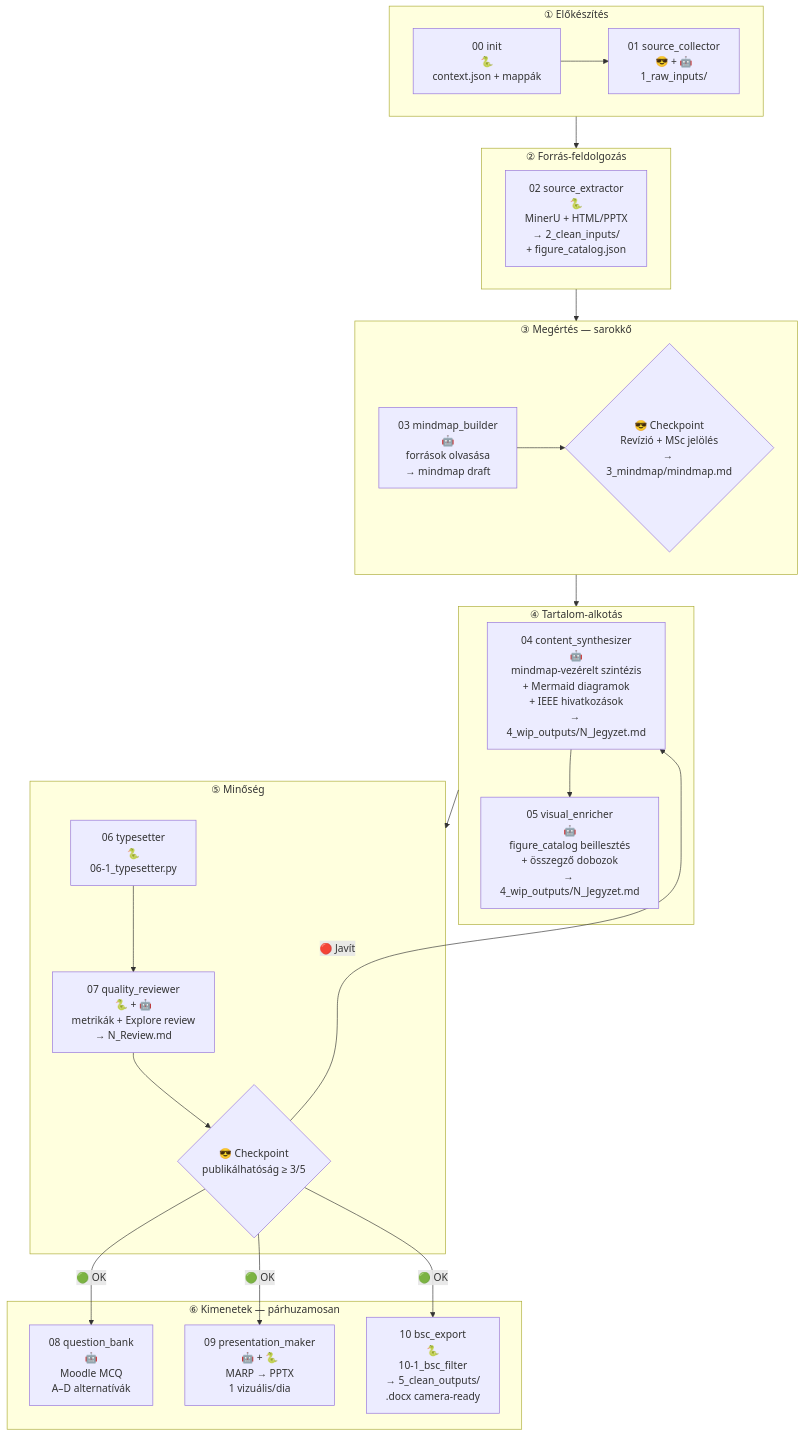
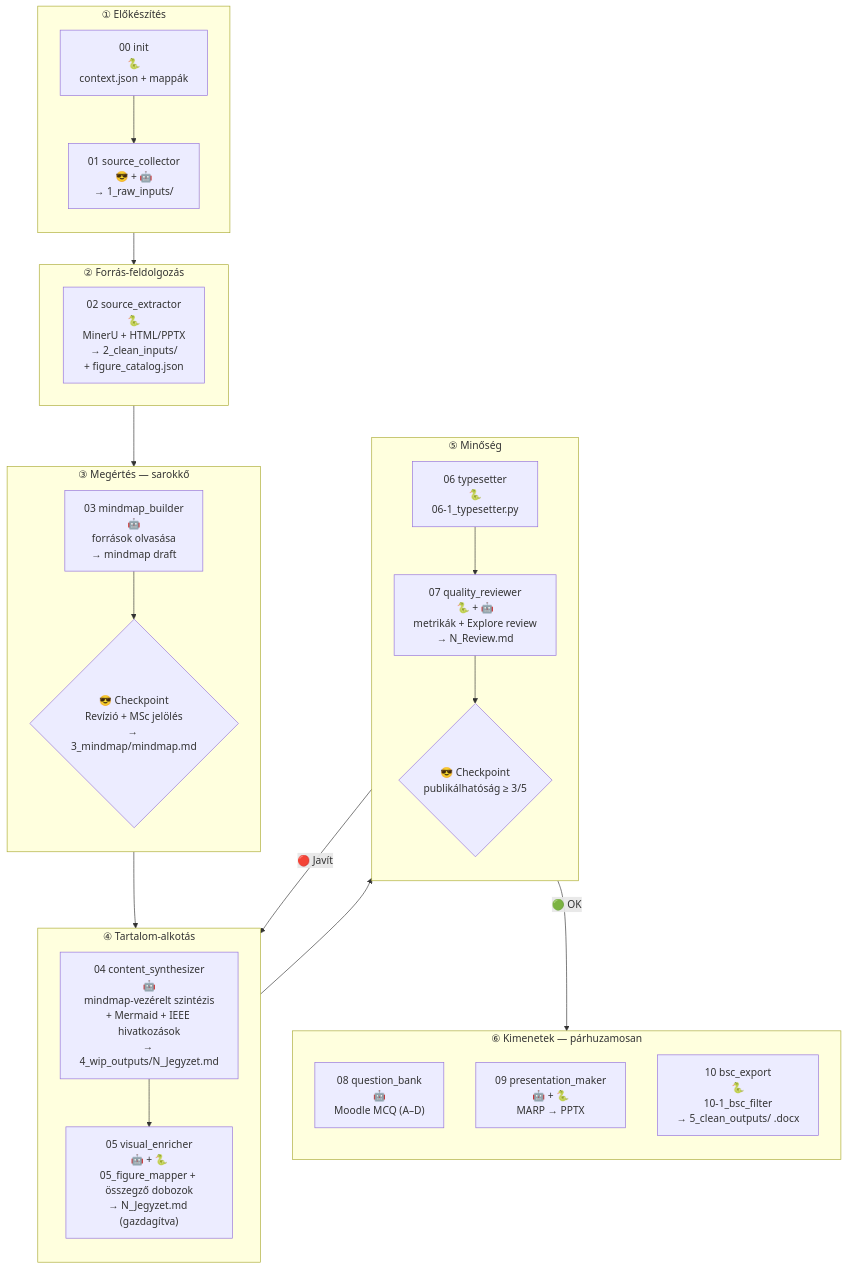
Before and after one commit to InutilemMachina/claude_course: the diagram in .claude/pipeline.md, drawn with Mermaid. The commit also changed other lines of this file and 2 other files, not shown here.

Commit message:
docs(meta): tidy entry-layer — CLAUDE.md index, soft-cap, vertical pipeline diagram
- CLAUDE.md: orientation first, fold §3 into catalog, complete functional index, header description
- Instructions.md: §3 as authority order, scripts English-named, hard-cap → soft-cap, slim §11
- pipeline.md: Mermaid verticalized + <br> line-break fix; dedup D1/D2 (visual→§7, IEEE→§8); 05 script in IO table

````diff
--- a/.claude/pipeline.md
+++ b/.claude/pipeline.md
@@ -45,41 +45,46 @@
 ```mermaid
 flowchart TD
     subgraph INIT["① Előkészítés"]
-        I0["00 init\n🐍\ncontext.json + mappák"]
-        I1["01 source_collector\n😎 + 🤖\n1_raw_inputs/"]
+        direction TB
+        I0["00 init<br>🐍<br>context.json + mappák"]
+        I1["01 source_collector<br>😎 + 🤖<br>→ 1_raw_inputs/"]
         I0 --> I1
     end
 
     subgraph EXT["② Forrás-feldolgozás"]
-        E1["02 source_extractor\n🐍\nMinerU + HTML/PPTX\n→ 2_clean_inputs/\n+ figure_catalog.json"]
+        E1["02 source_extractor<br>🐍<br>MinerU + HTML/PPTX<br>→ 2_clean_inputs/<br>+ figure_catalog.json"]
     end
 
     subgraph UNDERSTAND["③ Megértés — sarokkő"]
-        U1["03 mindmap_builder\n🤖\nforrások olvasása\n→ mindmap draft"]
-        U2{"😎 Checkpoint\nRevízió + MSc jelölés\n→ 3_mindmap/mindmap.md"}
+        direction TB
+        U1["03 mindmap_builder<br>🤖<br>források olvasása<br>→ mindmap draft"]
+        U2{"😎 Checkpoint<br>Revízió + MSc jelölés<br>→ 3_mindmap/mindmap.md"}
         U1 --> U2
     end
 
     subgraph CREATE["④ Tartalom-alkotás"]
-        C1["04 content_synthesizer\n🤖\nmindmap-vezérelt szintézis\n+ Mermaid diagramok\n+ IEEE hivatkozások\n→ 4_wip_outputs/N_Jegyzet.md"]
-        C2["05 visual_enricher\n🤖\nfigure_catalog beillesztés\n+ összegző dobozok\n→ 4_wip_outputs/N_Jegyzet.md"]
+        direction TB
+        C1["04 content_synthesizer<br>🤖<br>mindmap-vezérelt szintézis<br>+ Mermaid + IEEE hivatkozások<br>→ 4_wip_outputs/N_Jegyzet.md"]
+        C2["05 visual_enricher<br>🤖 + 🐍<br>05_figure_mapper + összegző dobozok<br>→ N_Jegyzet.md (gazdagítva)"]
         C1 --> C2
     end
 
     subgraph QUALITY["⑤ Minőség"]
-        Q1["06 typesetter\n🐍\n06-1_typesetter.py"]
-        Q2["07 quality_reviewer\n🐍 + 🤖\nmetrikák + Explore review\n→ N_Review.md"]
-        Q3{"😎 Checkpoint\npublikálhatóság ≥ 3/5"}
+        direction TB
+        Q1["06 typesetter<br>🐍<br>06-1_typesetter.py"]
+        Q2["07 quality_reviewer<br>🐍 + 🤖<br>metrikák + Explore review<br>→ N_Review.md"]
+        Q3{"😎 Checkpoint<br>publikálhatóság ≥ 3/5"}
         Q1 --> Q2 --> Q3
     end
 
     subgraph OUTPUT["⑥ Kimenetek — párhuzamosan"]
-        O1["08 question_bank\n🤖\nMoodle MCQ\nA–D alternatívák"]
-        O2["09 presentation_maker\n🤖 + 🐍\nMARP → PPTX\n1 vizuális/dia"]
-        O3["10 bsc_export\n🐍\n10-1_bsc_filter\n→ 5_clean_outputs/\n.docx camera-ready"]
+        direction TB
+        O1["08 question_bank<br>🤖<br>Moodle MCQ (A–D)"]
+        O2["09 presentation_maker<br>🤖 + 🐍<br>MARP → PPTX"]
+        O3["10 bsc_export<br>🐍<br>10-1_bsc_filter<br>→ 5_clean_outputs/ .docx"]
     end
 
     INIT --> EXT --> UNDERSTAND --> CREATE --> QUALITY
-    Q3 -->|"🟢 OK"| O1 & O2 & O3
-    Q3 -->|"🔴 Javít"| C1
+    Q3 -->|"🟢 OK"| OUTPUT
+    Q3 -->|"🔴 Javít"| CREATE
 ```
````
